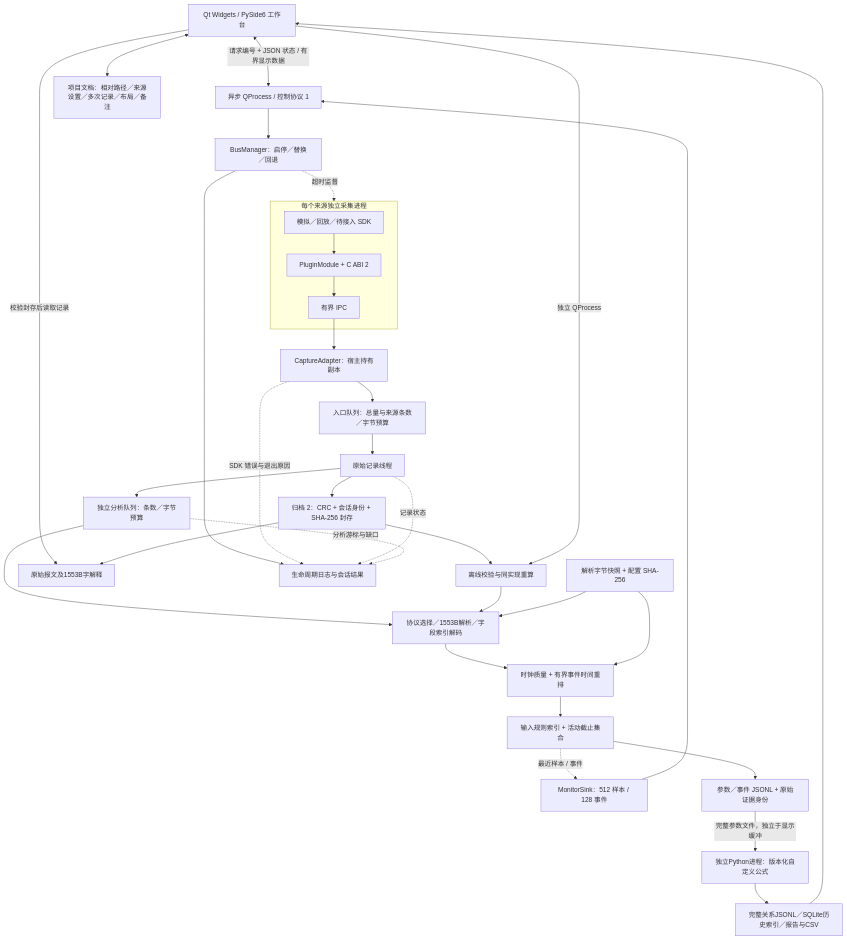
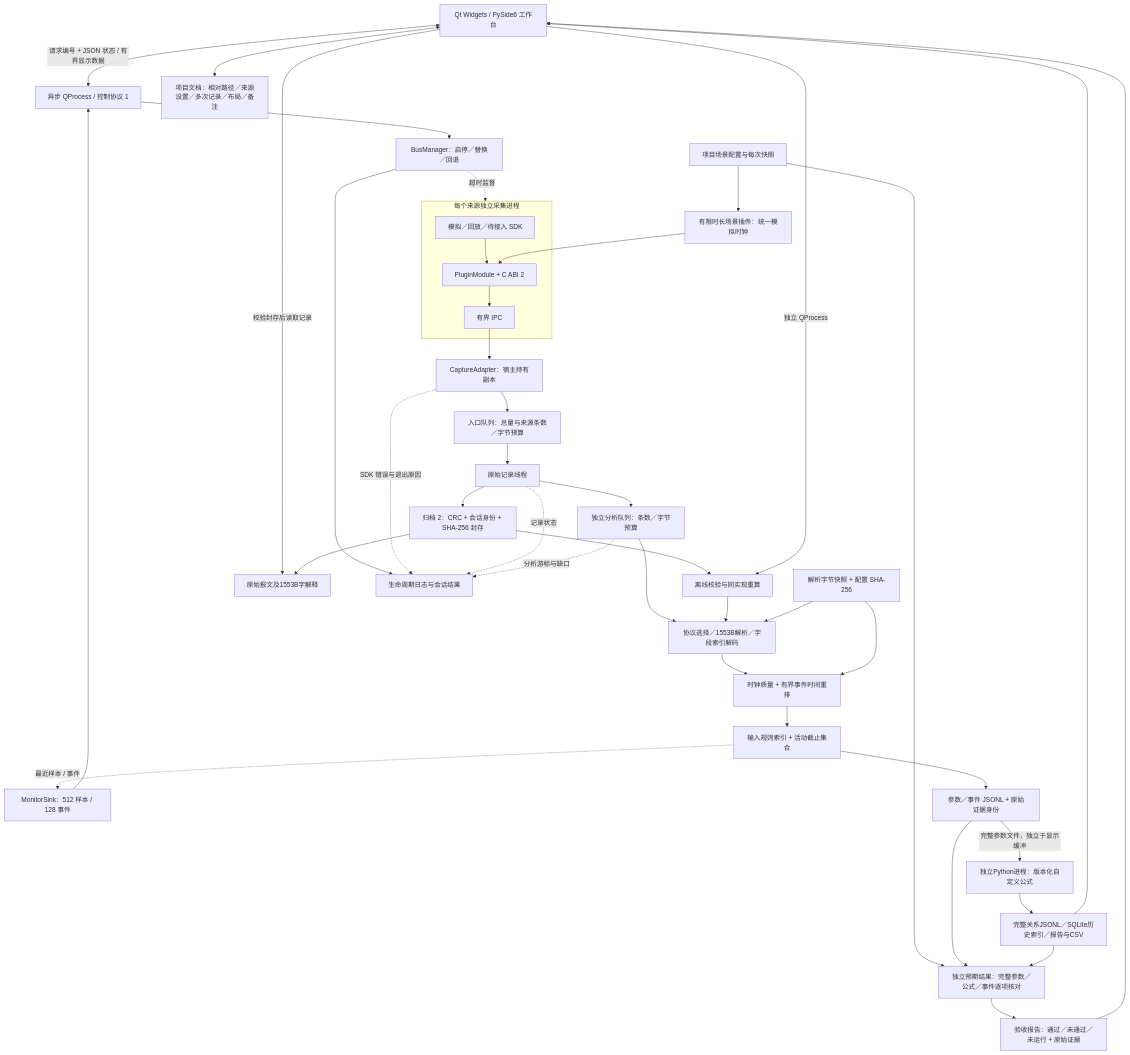
Before and after one commit to Aggressivecyber/avionics-backend: the diagram in avionics-backend/docs/architecture.md, drawn with Mermaid. The commit also changed other lines of this file and 28 other files, not shown here.

````diff
--- a/avionics-backend/docs/architecture.md
+++ b/avionics-backend/docs/architecture.md
@@ -5,36 +5,43 @@
 ```mermaid
 flowchart TB
     UI[Qt Widgets / PySide6 工作台] <-->|请求编号 + JSON 状态 / 有界显示数据| CTL[异步 QProcess / 控制协议 1]
     CTL --> M
     E -. 最近样本 / 事件 .-> TAP[MonitorSink：512 样本 / 128 事件]
     TAP --> CTL
     M[BusManager：启停／替换／回退] -. 超时监督 .-> W
     subgraph W[每个来源独立采集进程]
         P[模拟／回放／待接入 SDK] --> C[PluginModule + C ABI 2]
         C --> I[有界 IPC]
     end
     I --> A[CaptureAdapter：宿主持有副本]
     A --> Q[入口队列：总量与来源条数／字节预算]
     Q --> R[原始记录线程]
     R --> F[归档 2：CRC + 会话身份 + SHA-256 封存]
     R --> B[独立分析队列：条数／字节预算]
     B --> D[协议选择／1553B解析／字段索引解码]
     D --> T[时钟质量 + 有界事件时间重排]
     T --> E[输入规则索引 + 活动截止集合]
     E --> O[参数／事件 JSONL + 原始证据身份]
     F --> OFF[离线校验与同实现重算]
     UI -->|独立 QProcess| OFF
     UI <--> PJ[项目文档：相对路径／来源设置／多次记录／布局／备注]
     O -->|完整参数文件，独立于显示缓冲| REL[独立Python进程：版本化自定义公式]
     REL --> HIST[完整关系JSONL／SQLite历史索引／报告与CSV]
+    SC[项目场景配置与每次快照] --> SIM[有限时长场景插件：统一模拟时钟]
+    SIM --> C
+    SC --> ORACLE[独立预期结果：完整参数／公式／事件逐项核对]
+    O --> ORACLE
+    HIST --> ORACLE
+    ORACLE --> CHECK[验收报告：通过／未通过／未运行 + 原始证据]
+    CHECK --> UI
     HIST --> UI
     UI -->|校验封存后读取记录| RAW[原始报文及1553B字解释]
     F --> RAW
     OFF --> D
     M --> J[生命周期日志与会话结果]
     A -. SDK 错误与退出原因 .-> J
     R -. 记录状态 .-> J
     B -. 分析游标与缺口 .-> J
     K[解析字节快照 + 配置 SHA-256] --> D
     K --> T
 ```
````
